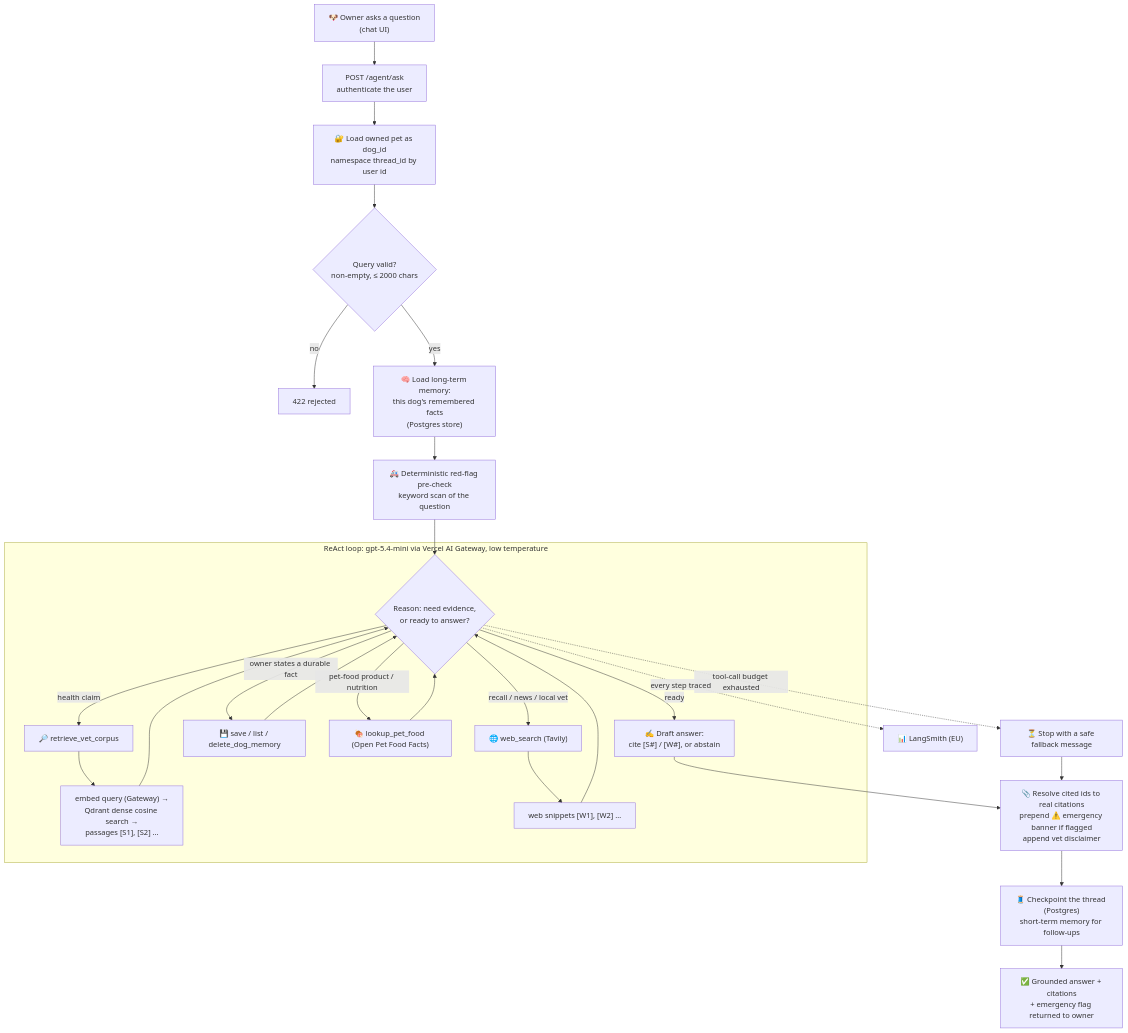
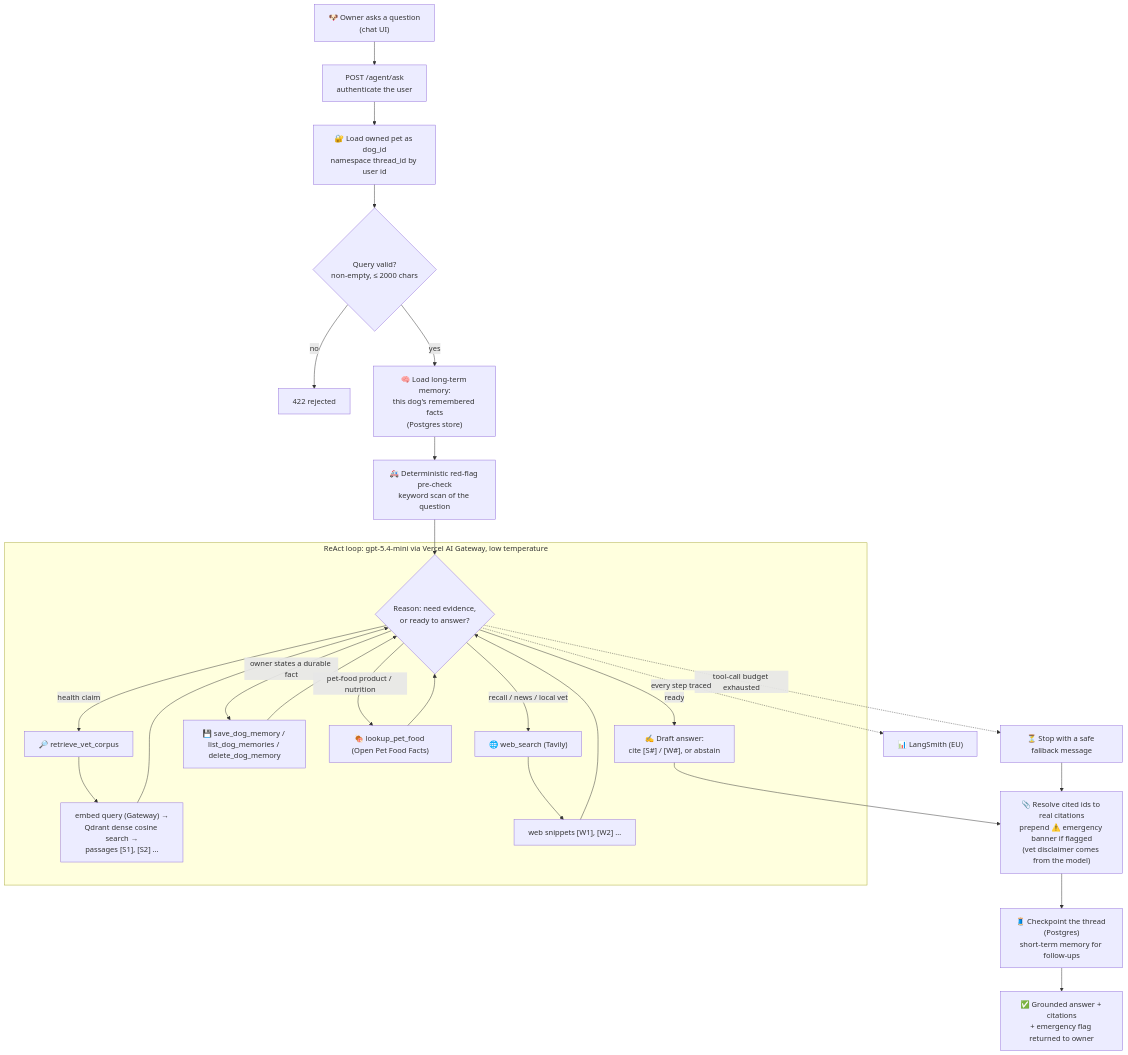
One commit to paulina-grunwald/pawpilot changed the third of 3 diagrams in challenge_notes.md. Above: the diagram before and after it, drawn with Mermaid. The commit also changed other lines of this file and 2 other files, not shown here.

````diff
--- a/challenge_notes.md
+++ b/challenge_notes.md
@@ -184,33 +179,33 @@
 ```mermaid
 flowchart TD
     User["🐶 Owner asks a question<br/>(chat UI)"] --> API["POST /agent/ask<br/>authenticate the user"]
     API --> Scope["🔐 Load owned pet as dog_id<br/>namespace thread_id by user id"]
     Scope --> Validate{"Query valid?<br/>non-empty, ≤ 2000 chars"}
     Validate -->|no| Reject["422 rejected"]
     Validate -->|yes| Mem["🧠 Load long-term memory:<br/>this dog's remembered facts<br/>(Postgres store)"]
     Mem --> RedFlag["🚑 Deterministic red-flag pre-check<br/>keyword scan of the question"]
     RedFlag --> Reason
 
     subgraph Loop["ReAct loop: gpt-5.4-mini via Vercel AI Gateway, low temperature"]
         Reason{"Reason: need evidence,<br/>or ready to answer?"}
         Reason -->|health claim| RAG["🔎 retrieve_vet_corpus"]
         Reason -->|recall / news / local vet| Web["🌐 web_search (Tavily)"]
-        Reason -->|owner states a durable fact| Save["💾 save / list / delete_dog_memory"]
+        Reason -->|owner states a durable fact| Save["💾 save_dog_memory / list_dog_memories / delete_dog_memory"]
         Reason -->|pet-food product / nutrition| Food["🍖 lookup_pet_food (Open Pet Food Facts)"]
         RAG --> Embed["embed query (Gateway) →<br/>Qdrant dense cosine search →<br/>passages [S1], [S2] …"]
         Web --> Snip["web snippets [W1], [W2] …"]
         Embed --> Reason
         Snip --> Reason
         Save --> Reason
         Food --> Reason
         Reason -->|ready| Answer["✍️ Draft answer:<br/>cite [S#] / [W#], or abstain"]
     end
 
     Reason -. tool-call budget exhausted .-> Budget["⏳ Stop with a safe fallback message"]
-    Answer --> Assemble["📎 Resolve cited ids to real citations<br/>prepend ⚠️ emergency banner if flagged<br/>append vet disclaimer"]
+    Answer --> Assemble["📎 Resolve cited ids to real citations<br/>prepend ⚠️ emergency banner if flagged<br/>(vet disclaimer comes from the model)"]
     Budget --> Assemble
     Assemble --> Persist["🧵 Checkpoint the thread (Postgres)<br/>short-term memory for follow-ups"]
     Persist --> Out["✅ Grounded answer + citations<br/>+ emergency flag returned to owner"]
 
     Reason -. every step traced .-> LS["📊 LangSmith (EU)"]
 ```
````
